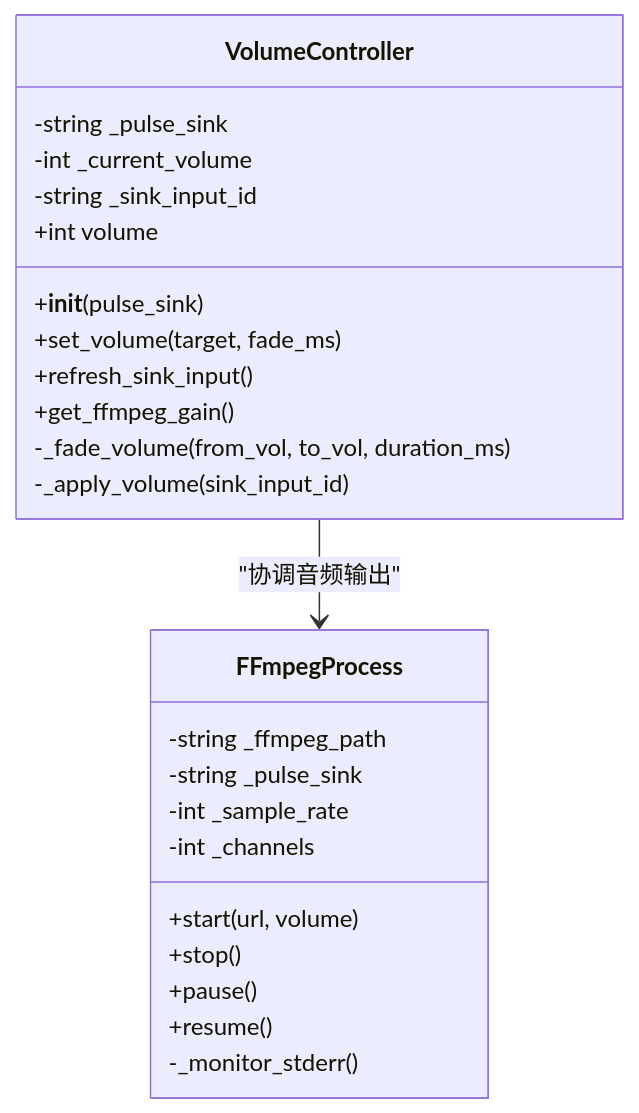
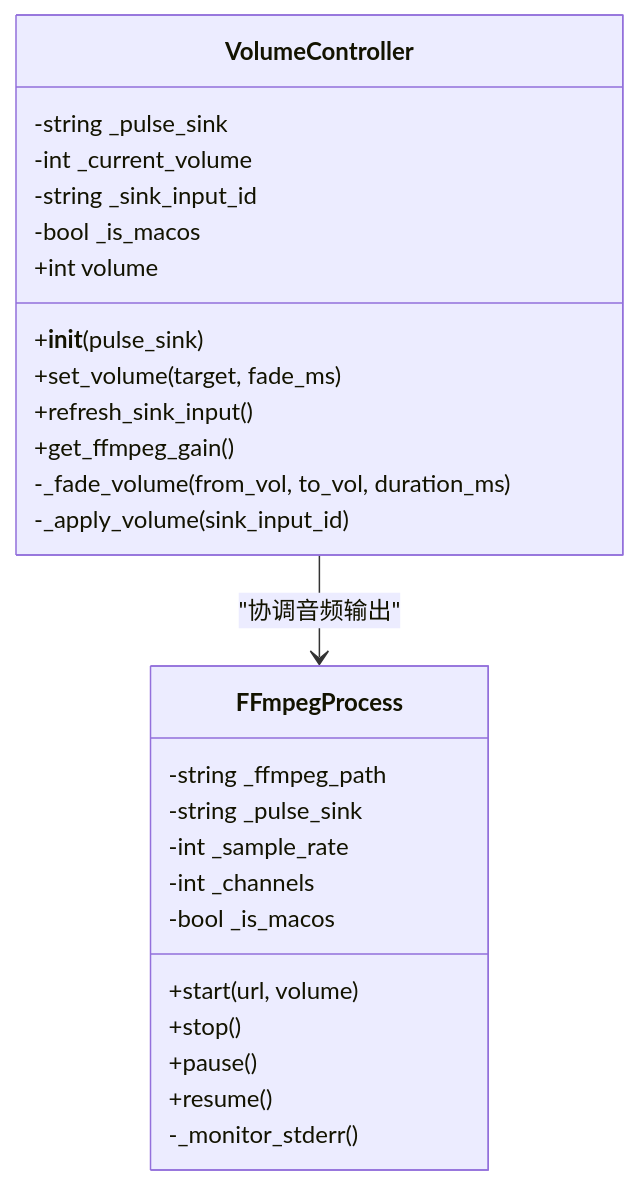
One commit to GhoulOwl/Teamspeak3_Bot changed the third of 7 diagrams in .qoder/repowiki/zh/content/音乐播放系统/音量控制系统.md. Above: the diagram before and after it, drawn with Mermaid. The commit also changed other lines of this file and 7 other files, not shown here.

````diff
--- a/.qoder/repowiki/zh/content/音乐播放系统/音量控制系统.md
+++ b/.qoder/repowiki/zh/content/音乐播放系统/音量控制系统.md
@@ -153,27 +172,29 @@
 ```mermaid
 classDiagram
 class VolumeController {
 -string _pulse_sink
 -int _current_volume
 -string _sink_input_id
+-bool _is_macos
 +int volume
 +__init__(pulse_sink)
 +set_volume(target, fade_ms)
 +refresh_sink_input()
 +get_ffmpeg_gain()
 -_fade_volume(from_vol, to_vol, duration_ms)
 -_apply_volume(sink_input_id)
 }
 class FFmpegProcess {
 -string _ffmpeg_path
 -string _pulse_sink
 -int _sample_rate
 -int _channels
+-bool _is_macos
 +start(url, volume)
 +stop()
 +pause()
 +resume()
 -_monitor_stderr()
 }
 VolumeController --> FFmpegProcess : "协调音频输出"
 ```
````
